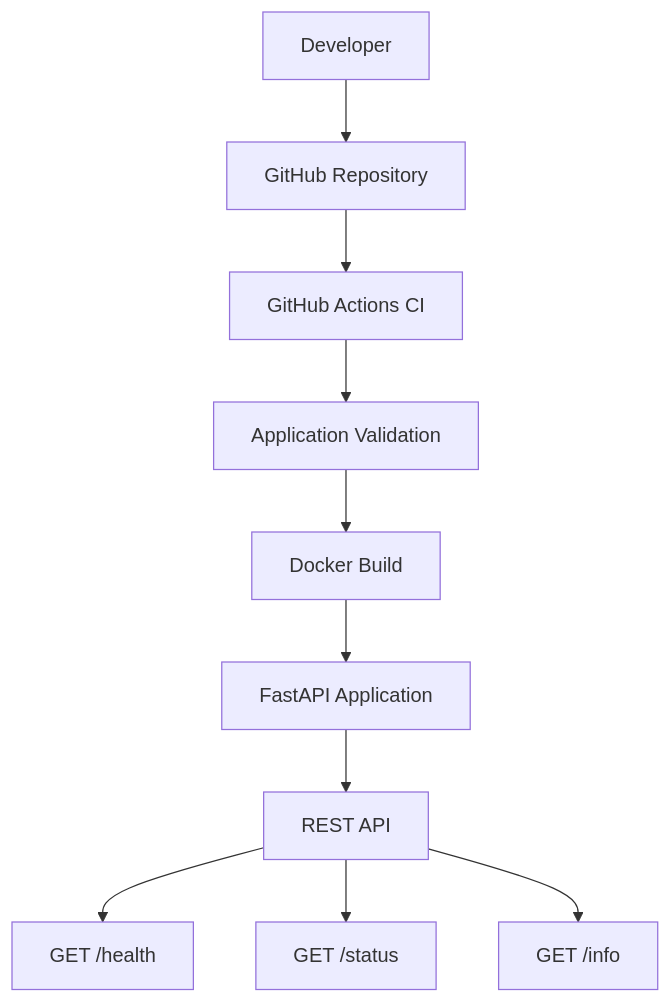
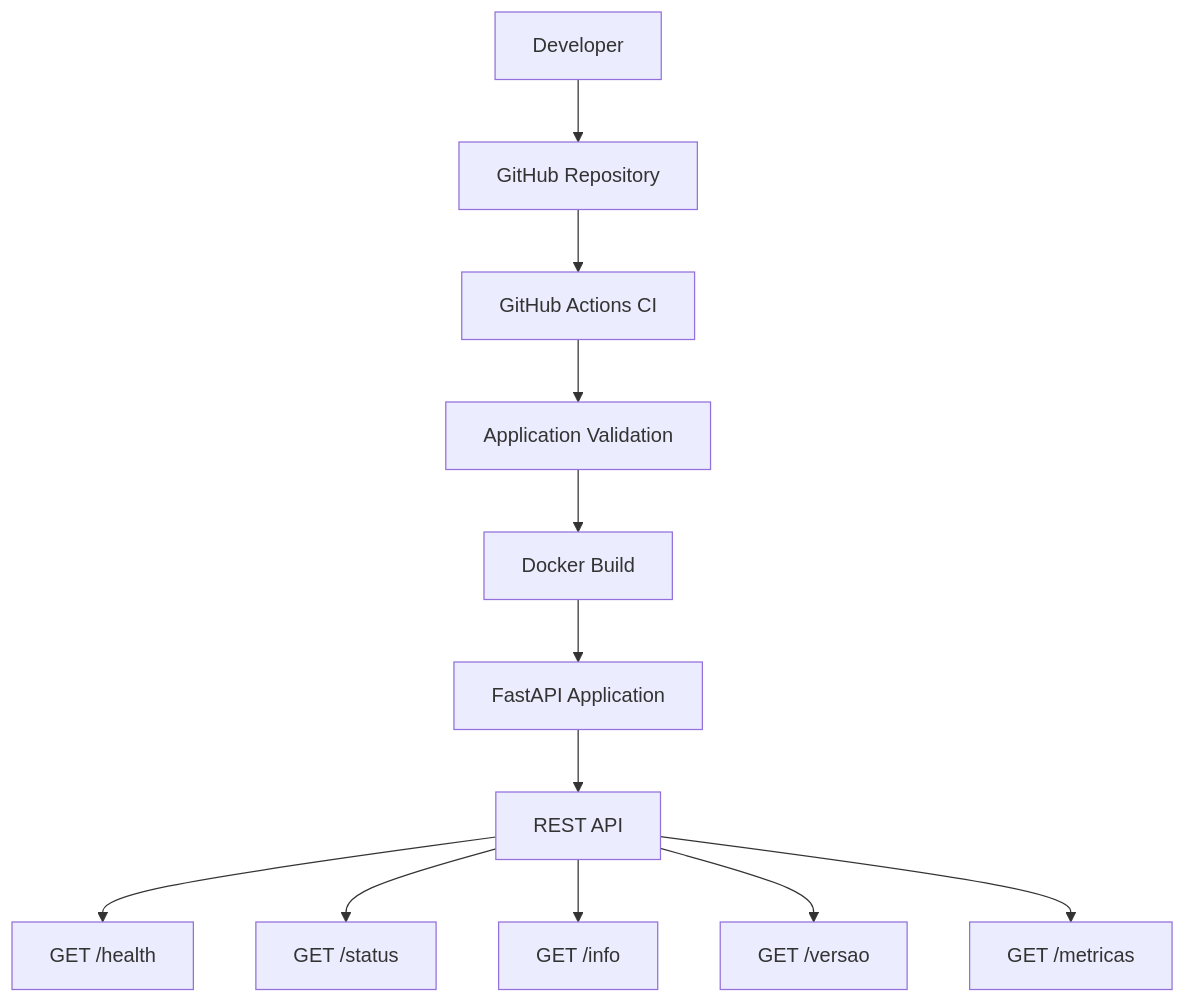
One commit to gui6j/tcc-devops-pipeline changed the diagram in README.md. Above: the diagram before and after it, drawn with Mermaid.

Commit message:
Add new endpoints for version and metrics

````diff
--- a/README.md
+++ b/README.md
@@ -79,33 +79,39 @@
 ```mermaid
 flowchart TD
 
 A[Developer]
 
 B[GitHub Repository]
 
 C[GitHub Actions CI]
 
 D[Application Validation]
 
 E[Docker Build]
 
 F[FastAPI Application]
 
 G[REST API]
 
 H["GET /health"]
 
 I["GET /status"]
 
 J["GET /info"]
 
+K["GET /versao"]
+
+L["GET /metricas"]
+
 A --> B
 B --> C
 C --> D
 D --> E
 E --> F
 F --> G
 G --> H
 G --> I
 G --> J
+G --> K
+G --> L
 ```
````
